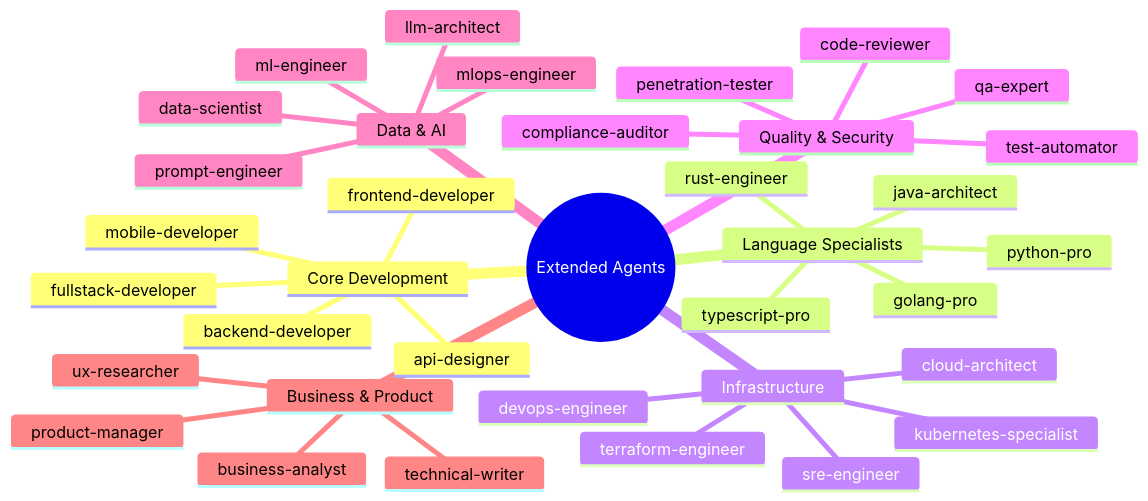
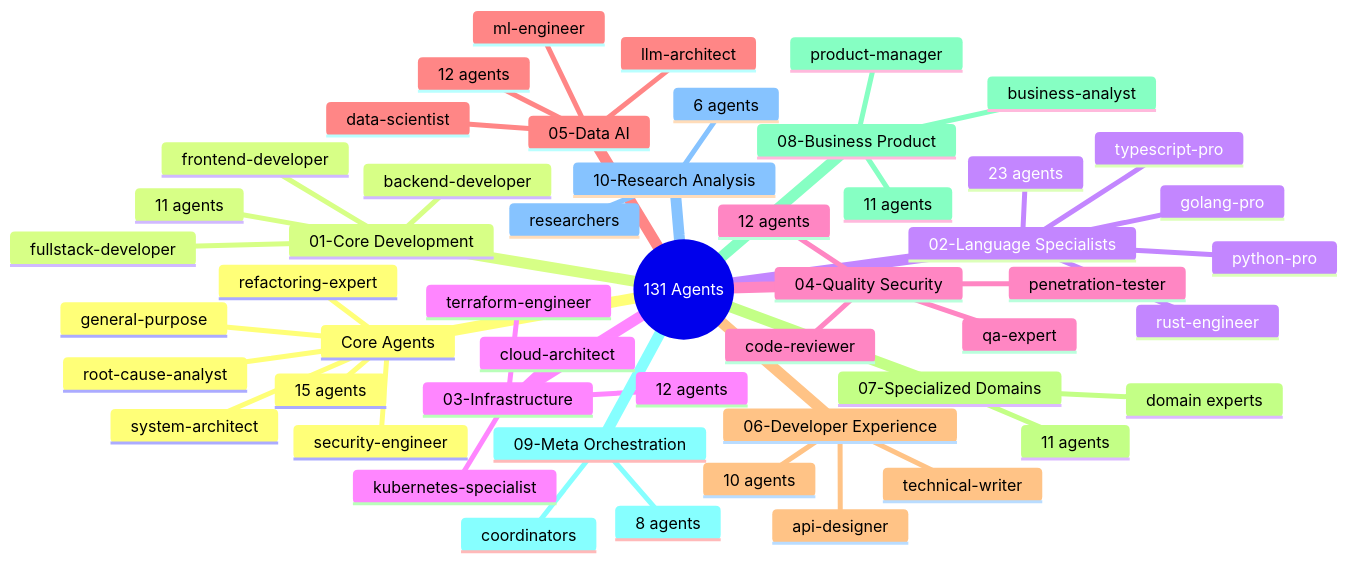
Before and after one commit to Tony363/SuperClaude: the sixth of 15 diagrams in README.md, drawn with Mermaid. The commit also changed other lines of this file and 10 other files, not shown here.

````diff
--- a/README.md
+++ b/README.md
@@ -342,39 +258,54 @@
 ```mermaid
 mindmap
-  root((Extended Agents))
-    Core Development
+  root((131 Agents))
+    Core Agents
+      15 agents
+      general-purpose
+      root-cause-analyst
+      refactoring-expert
+      security-engineer
+      system-architect
+    01-Core Development
+      11 agents
       fullstack-developer
       frontend-developer
       backend-developer
-      api-designer
-      mobile-developer
-    Language Specialists
+    02-Language Specialists
+      23 agents
       python-pro
       typescript-pro
       rust-engineer
       golang-pro
-      java-architect
-    Infrastructure
+    03-Infrastructure
+      12 agents
       cloud-architect
       kubernetes-specialist
       terraform-engineer
-      sre-engineer
-      devops-engineer
-    Quality & Security
+    04-Quality Security
+      12 agents
       code-reviewer
       penetration-tester
       qa-expert
-      test-automator
-      compliance-auditor
-    Data & AI
+    05-Data AI
+      12 agents
       ml-engineer
       data-scientist
       llm-architect
-      prompt-engineer
-      mlops-engineer
-    Business & Product
+    06-Developer Experience
+      10 agents
+      technical-writer
+      api-designer
+    07-Specialized Domains
+      11 agents
+      domain experts
+    08-Business Product
+      11 agents
       product-manager
       business-analyst
-      technical-writer
-      ux-researcher
+    09-Meta Orchestration
+      8 agents
+      coordinators
+    10-Research Analysis
+      6 agents
+      researchers
 ```
````
